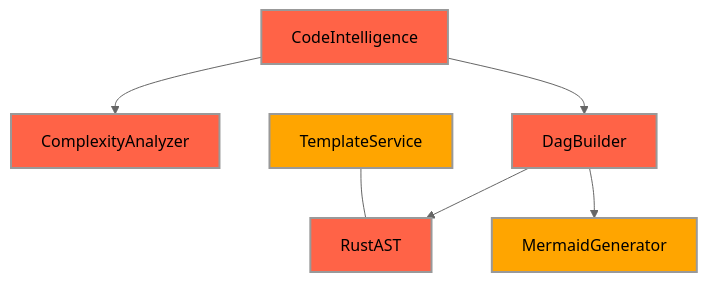
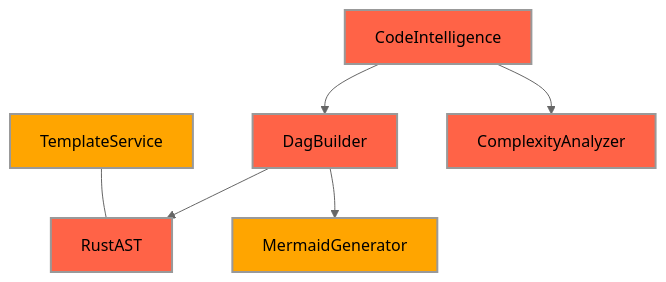
Before and after one commit to paiml/paiml-mcp-agent-toolkit: the diagram in artifacts/mermaid/ast-generated/styled/service-interactions.mmd, drawn with Mermaid (neutral theme). The commit also changed other lines of this file and 30 other files, not shown here.

```diff
--- a/artifacts/mermaid/ast-generated/styled/service-interactions.mmd
+++ b/artifacts/mermaid/ast-generated/styled/service-interactions.mmd
@@ -1,20 +1,20 @@
 graph TD
+    ast_rust[RustAST]
     code_intelligence[CodeIntelligence]
+    template_service[TemplateService]
+    mermaid_generator[MermaidGenerator]
+    dag_builder[DagBuilder]
     complexity[ComplexityAnalyzer]
-    ast_rust[RustAST]
-    template_service[TemplateService]
-    dag_builder[DagBuilder]
-    mermaid_generator[MermaidGenerator]
 
     code_intelligence --> dag_builder
     dag_builder --> ast_rust
     dag_builder --> mermaid_generator
     code_intelligence --> complexity
     template_service --- ast_rust
 
+    style ast_rust fill:#FF6347,stroke-width:2px
     style code_intelligence fill:#FF6347,stroke-width:2px
+    style template_service fill:#FFA500,stroke-width:2px
+    style mermaid_generator fill:#FFA500,stroke-width:2px
+    style dag_builder fill:#FF6347,stroke-width:2px
     style complexity fill:#FF6347,stroke-width:2px
-    style ast_rust fill:#FF6347,stroke-width:2px
-    style template_service fill:#FFA500,stroke-width:2px
-    style dag_builder fill:#FF6347,stroke-width:2px
-    style mermaid_generator fill:#FFA500,stroke-width:2px
```
